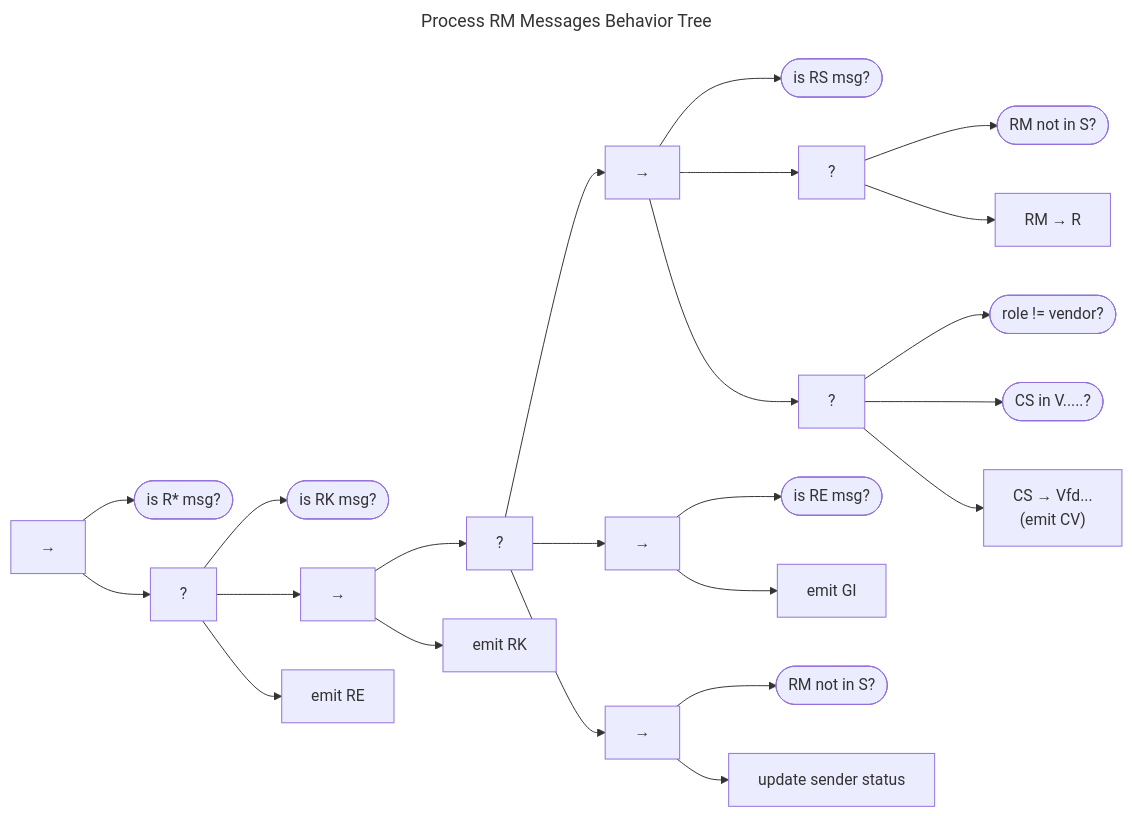
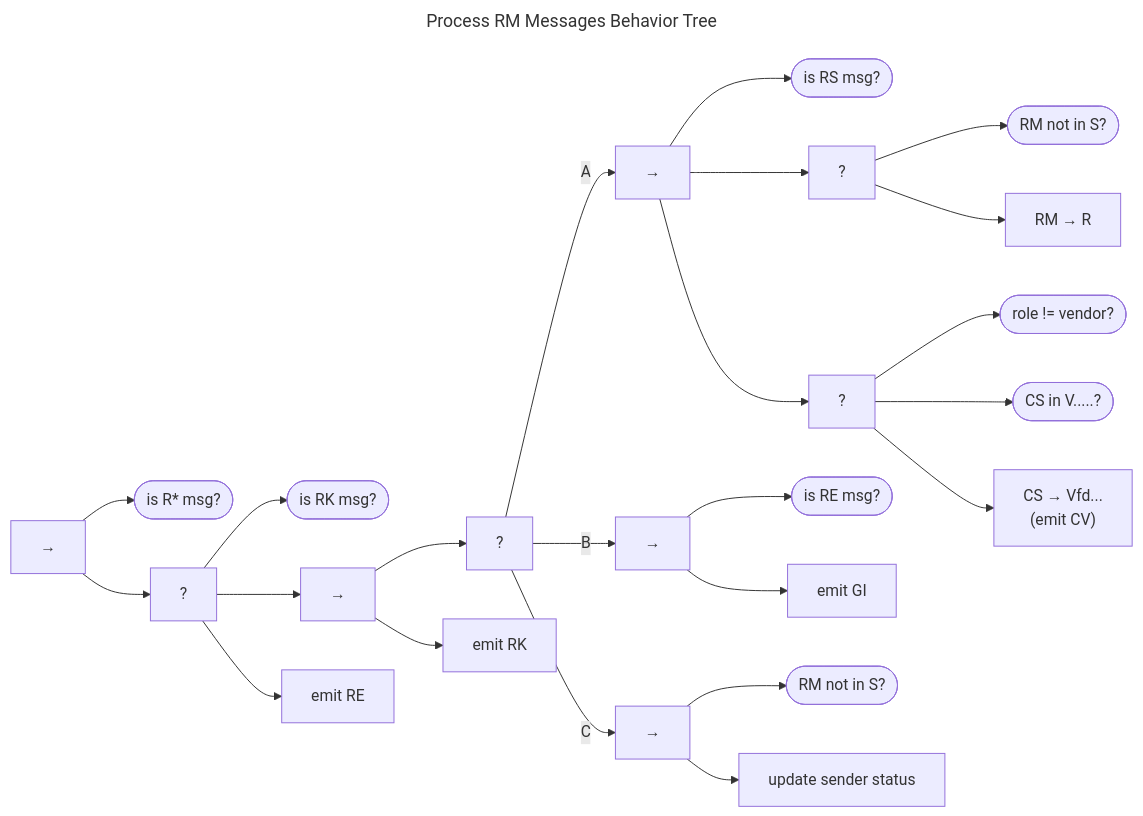
One commit to CERTCC/Vultron changed the diagram in docs/topics/behavior_logic/msg_rm_bt.md. Above: the diagram before and after it, drawn with Mermaid. The commit also changed other lines of this file and 16 other files, not shown here.

````diff
--- a/docs/topics/behavior_logic/msg_rm_bt.md
+++ b/docs/topics/behavior_logic/msg_rm_bt.md
@@ -5,51 +5,51 @@
 ```mermaid
 ---
 title: Process RM Messages Behavior Tree
 ---
 flowchart LR
     seq["&rarr;"]
     is_R_msg(["is R* msg?"])
     seq --> is_R_msg
     fb["?"]
     seq --> fb
     is_RK_msg(["is RK msg?"])
     fb --> is_RK_msg
     seq2["&rarr;"]
     fb --> seq2
     fb2["?"]
     seq2 --> fb2
     rs_seq["&rarr;"]
-    fb2 --> rs_seq
+    fb2 -->|A| rs_seq
     is_RS_msg(["is RS msg?"])
     rs_seq --> is_RS_msg
     rs_fb["?"]
     rs_seq --> rs_fb
     rm_not_S(["RM not in S?"])
     rs_fb --> rm_not_S
     rm_to_R["RM &rarr; R"]
     rs_fb --> rm_to_R
     rs_fb2["?"]
     rs_seq --> rs_fb2
     role_not_vendor(["role != vendor?"])
     rs_fb2 --> role_not_vendor
     cs_in_V(["CS in V.....?"])
     rs_fb2 --> cs_in_V
     cs_to_V["CS &rarr; Vfd...<br/>(emit CV)"]
     rs_fb2 --> cs_to_V
     re_seq["&rarr;"]
-    fb2 --> re_seq
+    fb2 -->|B| re_seq
     is_RE_msg(["is RE msg?"])
     re_seq --> is_RE_msg
     emit_GI["emit GI"]
     re_seq --> emit_GI
     other_seq["&rarr;"]
-    fb2 --> other_seq
+    fb2 -->|C| other_seq
     o_rm_not_S(["RM not in S?"])
     other_seq --> o_rm_not_S
     update_sender_status["update sender status"]
     other_seq --> update_sender_status
     emit_RK["emit RK"]
     seq2 --> emit_RK
     emit_RE["emit RE"]
     fb --> emit_RE
 ```
````
